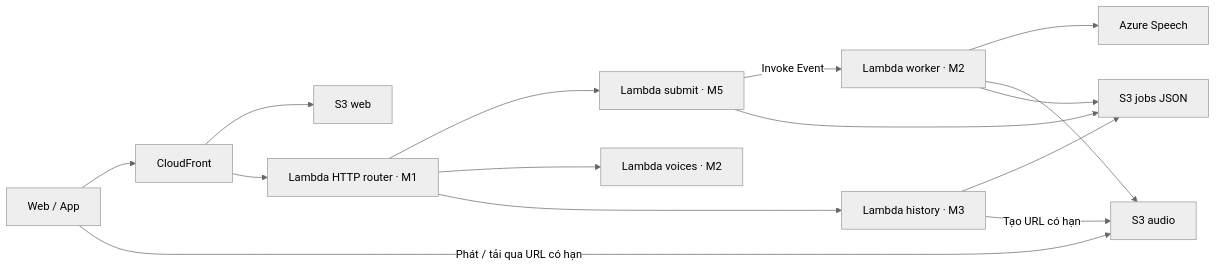
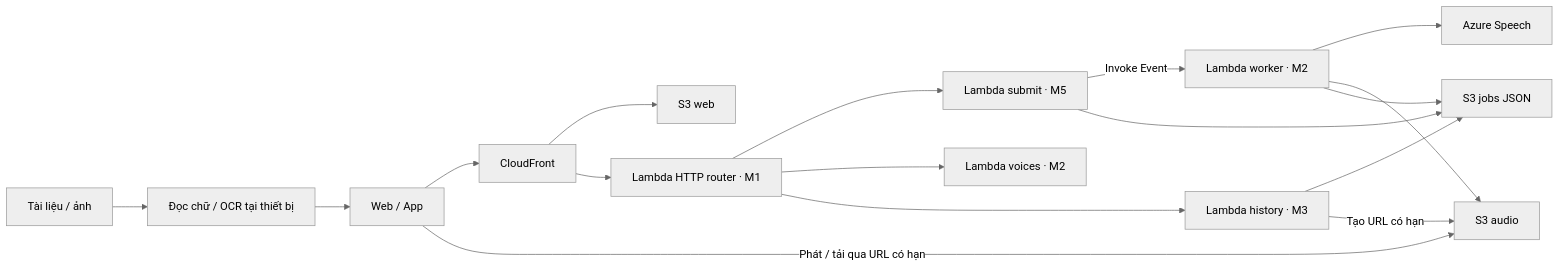
One commit to solvarhuynh/aws-multilingual-tts changed the diagram in README.md. Above: the diagram before and after it, drawn with Mermaid (neutral theme). The commit also changed other lines of this file and 4 other files, not shown here.

Commit message:
docs: update architecture and sandbox configuration

````diff
--- a/README.md
+++ b/README.md
@@ -76,17 +77,19 @@
 ```mermaid
 flowchart LR
+    DOC[Tài liệu / ảnh] --> IMPORT[Đọc chữ / OCR tại thiết bị]
+    IMPORT --> CLIENT
     CLIENT[Web / App] --> CF[CloudFront]
     CF --> WEB[S3 web]
     CF --> ROUTER[Lambda HTTP router · M1]
     ROUTER --> SUBMIT[Lambda submit · M5]
     ROUTER --> VOICES[Lambda voices · M2]
     ROUTER --> HISTORY[Lambda history · M3]
     SUBMIT -->|Invoke Event| WORKER[Lambda worker · M2]
     WORKER --> AZURE[Azure Speech]
     WORKER --> AUDIO[S3 audio]
     SUBMIT --> JOBS[S3 jobs JSON]
     WORKER --> JOBS
     HISTORY --> JOBS
     HISTORY -->|Tạo URL có hạn| AUDIO
     CLIENT -->|Phát / tải qua URL có hạn| AUDIO
 ```
````
